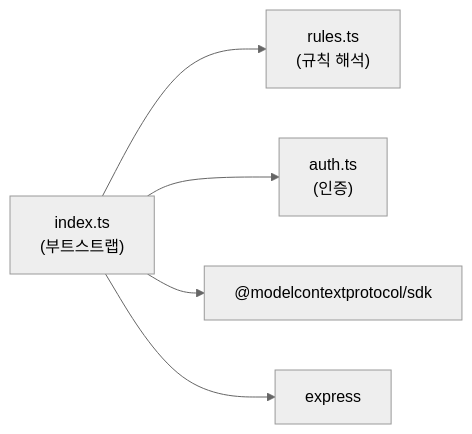
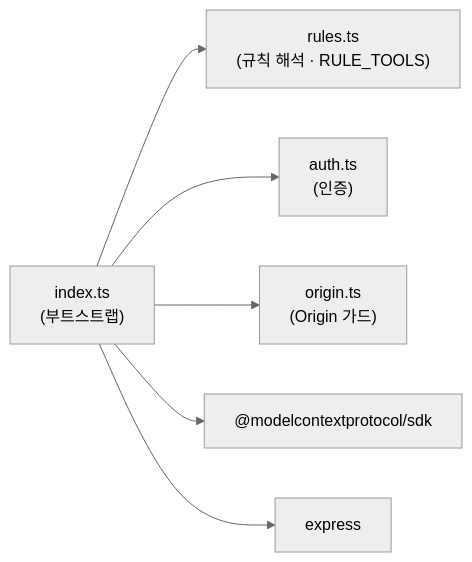
Before and after one commit to won-u/ubuntu_docker_runner: the second of 4 diagrams in mcp_server/docs/architecture.md, drawn with Mermaid (neutral theme). The commit also changed other lines of this file and 7 other files, not shown here.

````diff
--- a/mcp_server/docs/architecture.md
+++ b/mcp_server/docs/architecture.md
@@ -100,13 +103,15 @@
 ```mermaid
 flowchart LR
     idx["index.ts<br/>(부트스트랩)"]
-    rules["rules.ts<br/>(규칙 해석)"]
+    rules["rules.ts<br/>(규칙 해석 · RULE_TOOLS)"]
     auth["auth.ts<br/>(인증)"]
+    origin["origin.ts<br/>(Origin 가드)"]
     mcp["@modelcontextprotocol/sdk"]
     express["express"]
 
     idx --> rules
     idx --> auth
+    idx --> origin
     idx --> mcp
     idx --> express
 ```
````
